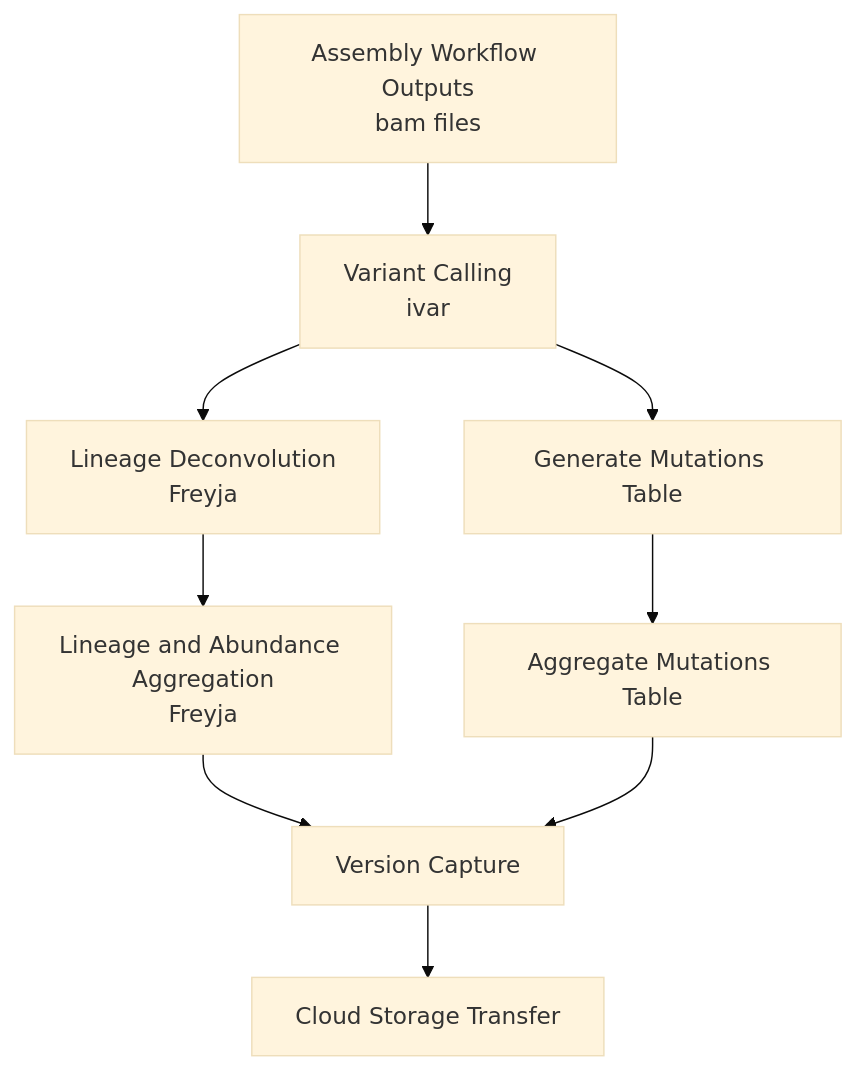
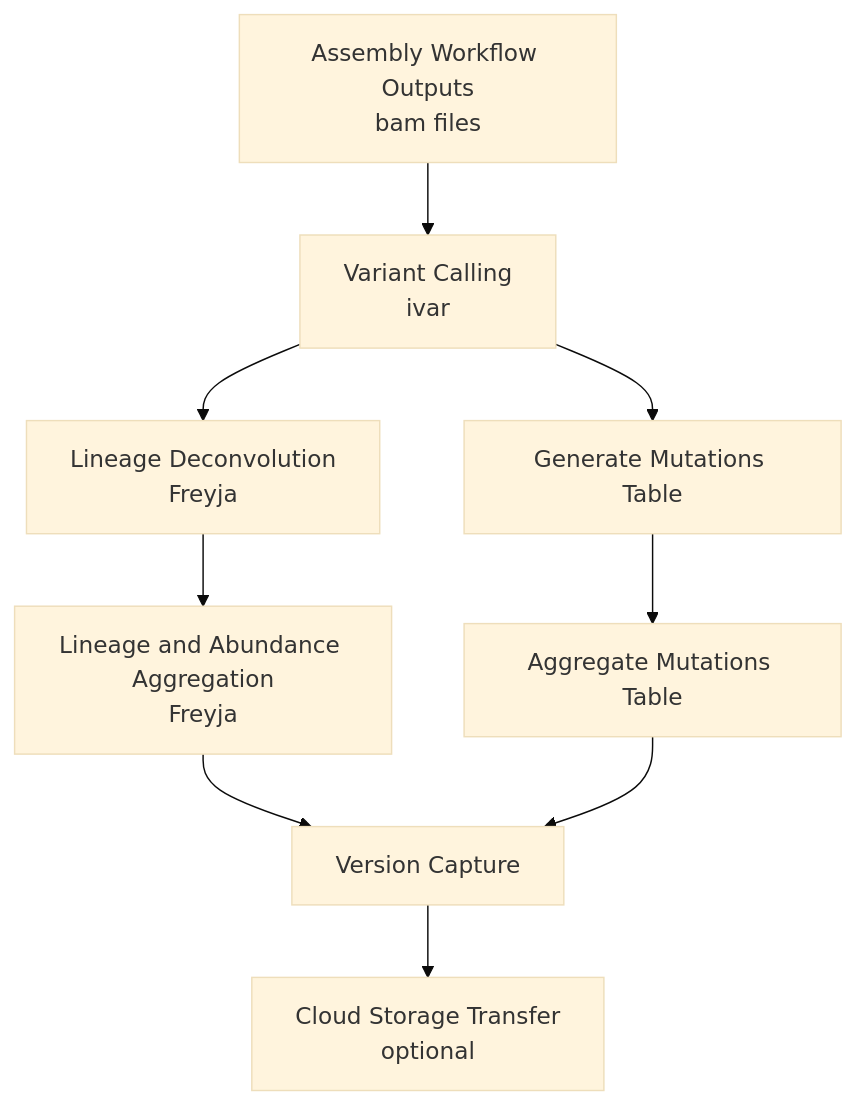
One commit to CDPHE-bioinformatics/CDPHE-Viral-Amplicon-WDL changed the third of 3 diagrams in README.md. Above: the diagram before and after it, drawn with Mermaid (base theme).

````diff
--- a/README.md
+++ b/README.md
@@ -49,10 +49,10 @@
 ```mermaid
 graph TD
     A[Assembly Workflow Outputs<br/>bam files] --> B[Variant Calling<br/>ivar]
     B --> C[Lineage Deconvolution<br/>Freyja]
     C --> D[Lineage and Abundance Aggregation<br/>Freyja]
     B --> E[Generate Mutations Table]
     E --> F[Aggregate Mutations Table]
     D & F --> G[Version Capture]
-    G --> H[Cloud Storage Transfer]
+    G --> H[Cloud Storage Transfer<br/>optional]
 ```
````
